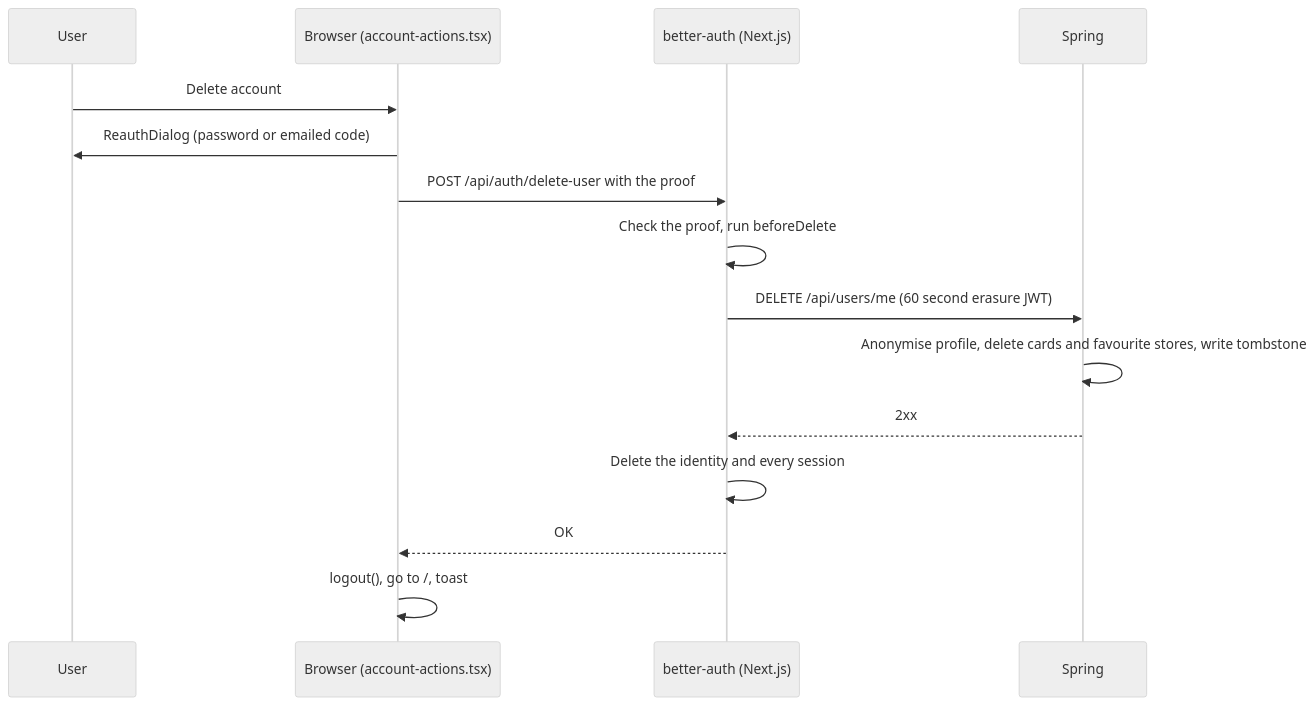
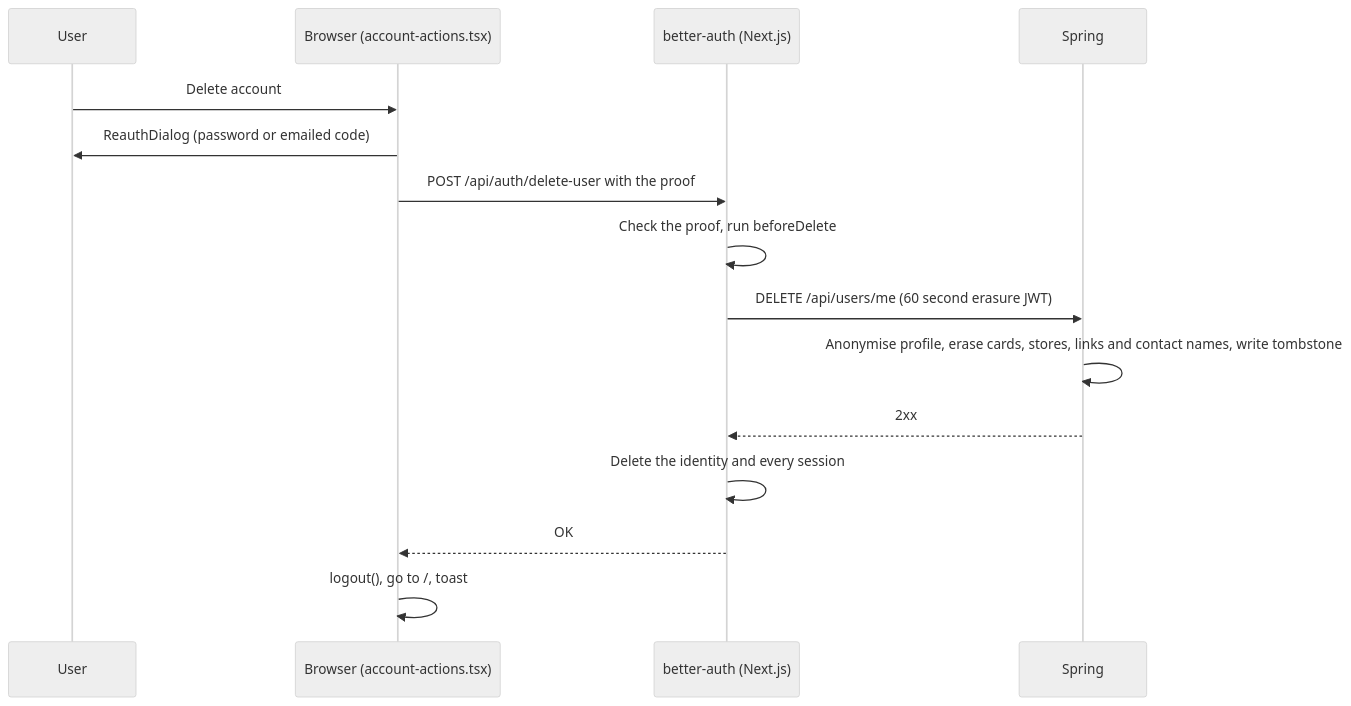
Before and after one commit to OffCrazyFreak/Disscount: the second of 2 diagrams in docs/SETTINGS.md, drawn with Mermaid (neutral theme). The commit also changed other lines of this file and 6 other files, not shown here.

````diff
--- a/docs/SETTINGS.md
+++ b/docs/SETTINGS.md
@@ -130,17 +130,17 @@
 ```mermaid
 sequenceDiagram
   participant U as User
   participant B as Browser (account-actions.tsx)
   participant A as better-auth (Next.js)
   participant S as Spring
   U->>B: Delete account
   B->>U: ReauthDialog (password or emailed code)
   B->>A: POST /api/auth/delete-user with the proof
   A->>A: Check the proof, run beforeDelete
   A->>S: DELETE /api/users/me (60 second erasure JWT)
-  S->>S: Anonymise profile, delete cards and favourite stores, write tombstone
+  S->>S: Anonymise profile, erase cards, stores, links and contact names, write tombstone
   S-->>A: 2xx
   A->>A: Delete the identity and every session
   A-->>B: OK
   B->>B: logout(), go to /, toast
 ```
````
